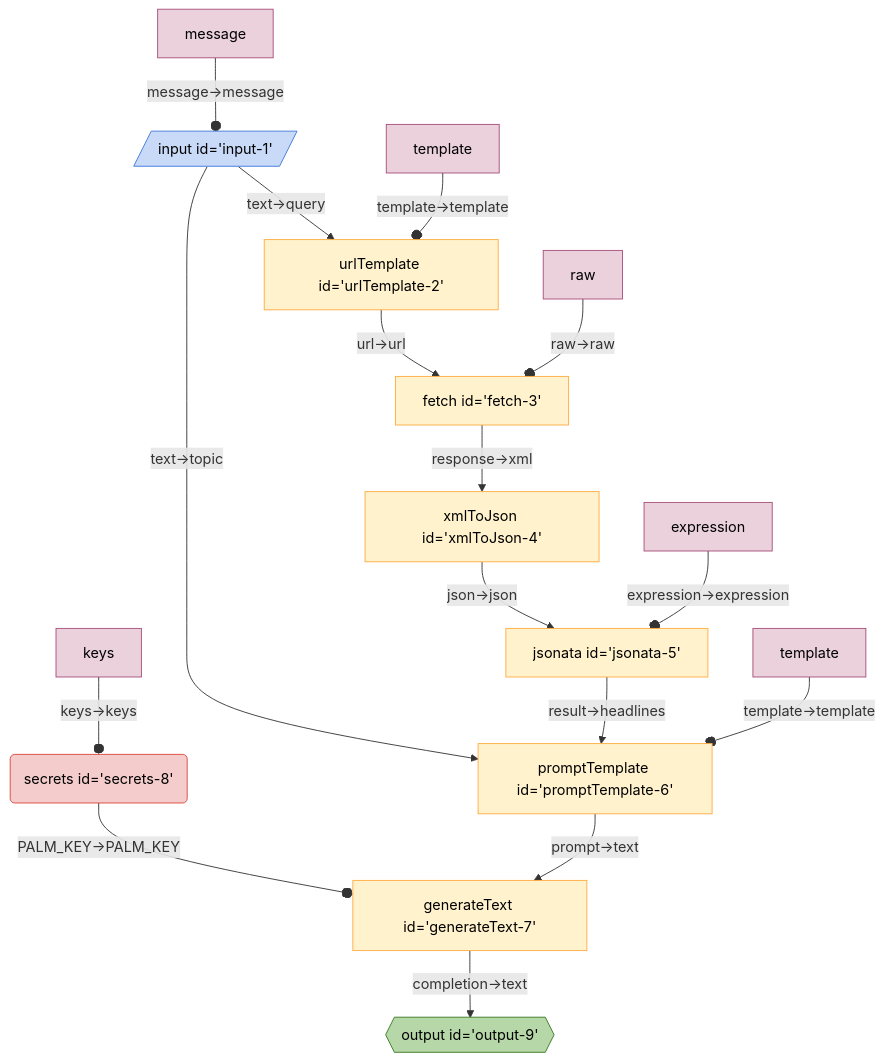
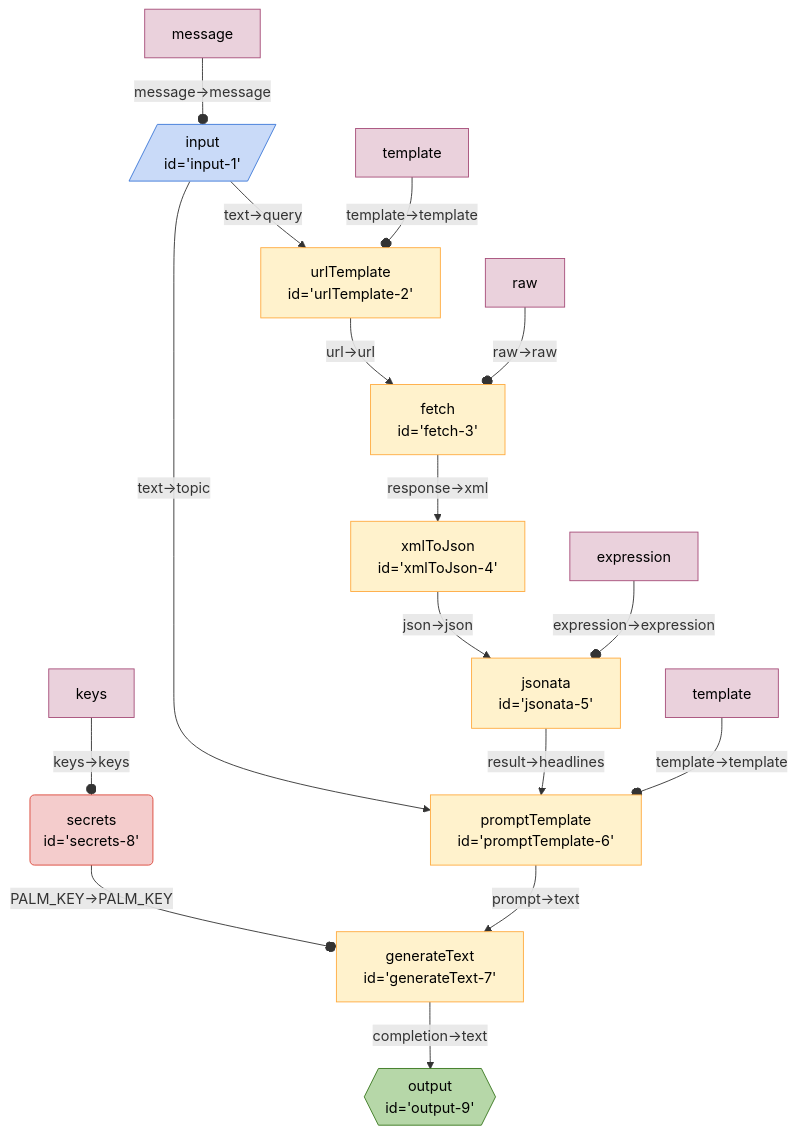
The diagram in seeds/graph-playground/docs/graphs/google-news.md (breadboard-ai/breadboard), drawn with Mermaid before and after one commit. The commit also changed 16 other files, not shown here.

First line of the commit message:
add line break back to mermaid diagrams

````diff
--- a/seeds/graph-playground/docs/graphs/google-news.md
+++ b/seeds/graph-playground/docs/graphs/google-news.md
@@ -5,27 +5,27 @@
   ```mermaid
   %%{init: 'themeVariables': { 'fontFamily': 'Fira Code, monospace' }}%%
 graph TD;
-input1[/"input id='input-1'"/]:::input -- "text->topic" --> promptTemplate6["promptTemplate id='promptTemplate-6'"]
-secrets8("secrets id='secrets-8'"):::secrets -- "PALM_KEY->PALM_KEY" --o generateText7["generateText id='generateText-7'"]
-generateText7["generateText id='generateText-7'"] -- "completion->text" --> output9{{"output id='output-9'"}}:::output
-promptTemplate6["promptTemplate id='promptTemplate-6'"] -- "prompt->text" --> generateText7["generateText id='generateText-7'"]
-jsonata5["jsonata id='jsonata-5'"] -- "result->headlines" --> promptTemplate6["promptTemplate id='promptTemplate-6'"]
-xmlToJson4["xmlToJson id='xmlToJson-4'"] -- "json->json" --> jsonata5["jsonata id='jsonata-5'"]
-fetch3["fetch id='fetch-3'"] -- "response->xml" --> xmlToJson4["xmlToJson id='xmlToJson-4'"]
-urlTemplate2["urlTemplate id='urlTemplate-2'"] -- "url->url" --> fetch3["fetch id='fetch-3'"]
-input1[/"input id='input-1'"/]:::input -- "text->query" --> urlTemplate2["urlTemplate id='urlTemplate-2'"]
+input1[/"input <br> id='input-1'"/]:::input -- "text->topic" --> promptTemplate6["promptTemplate <br> id='promptTemplate-6'"]
+secrets8("secrets <br> id='secrets-8'"):::secrets -- "PALM_KEY->PALM_KEY" --o generateText7["generateText <br> id='generateText-7'"]
+generateText7["generateText <br> id='generateText-7'"] -- "completion->text" --> output9{{"output <br> id='output-9'"}}:::output
+promptTemplate6["promptTemplate <br> id='promptTemplate-6'"] -- "prompt->text" --> generateText7["generateText <br> id='generateText-7'"]
+jsonata5["jsonata <br> id='jsonata-5'"] -- "result->headlines" --> promptTemplate6["promptTemplate <br> id='promptTemplate-6'"]
+xmlToJson4["xmlToJson <br> id='xmlToJson-4'"] -- "json->json" --> jsonata5["jsonata <br> id='jsonata-5'"]
+fetch3["fetch <br> id='fetch-3'"] -- "response->xml" --> xmlToJson4["xmlToJson <br> id='xmlToJson-4'"]
+urlTemplate2["urlTemplate <br> id='urlTemplate-2'"] -- "url->url" --> fetch3["fetch <br> id='fetch-3'"]
+input1[/"input <br> id='input-1'"/]:::input -- "text->query" --> urlTemplate2["urlTemplate <br> id='urlTemplate-2'"]
 messageinput1[message]:::config -- "message->message" --o input1
 templateurlTemplate2[template]:::config -- "template->template" --o urlTemplate2
 rawfetch3[raw]:::config -- "raw->raw" --o fetch3
 expressionjsonata5[expression]:::config -- "expression->expression" --o jsonata5
 templatepromptTemplate6[template]:::config -- "template->template" --o promptTemplate6
 keyssecrets8[keys]:::config -- "keys->keys" --o secrets8
 classDef default stroke:#ffab40,fill:#fff2ccff,color:#000
 classDef input stroke:#3c78d8,fill:#c9daf8ff,color:#000
 classDef output stroke:#38761d,fill:#b6d7a8ff,color:#000
 classDef passthrough stroke:#a64d79,fill:#ead1dcff,color:#000
 classDef slot stroke:#a64d79,fill:#ead1dcff,color:#000
 classDef config stroke:#a64d79,fill:#ead1dcff,color:#000
 classDef secrets stroke:#db4437,fill:#f4cccc,color:#000
 classDef slotted stroke:#a64d79
   ```
````
